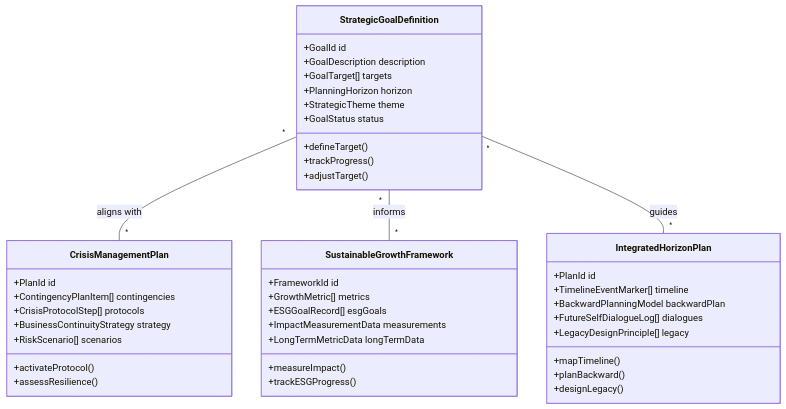
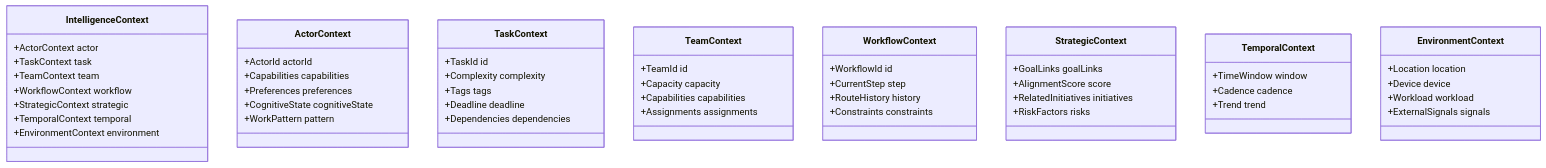
The second of 46 diagrams in Docs/Requirement/DomainSpecification/IntelligenceStrategy.md (anuj-noumena/nouassist), drawn with Mermaid before and after one commit. The commit also changed other lines of this file and 134 other files, not shown here.

````diff
--- a/Docs/Requirement/DomainSpecification/IntelligenceStrategy.md
+++ b/Docs/Requirement/DomainSpecification/IntelligenceStrategy.md
@@ -1445,51 +614,62 @@
 ```mermaid
 classDiagram
-    class StrategicGoalDefinition {
-        +GoalId id
-        +GoalDescription description
-        +GoalTarget[] targets
-        +PlanningHorizon horizon
-        +StrategicTheme theme
-        +GoalStatus status
-        +defineTarget()
-        +trackProgress()
-        +adjustTarget()
-    }
-    
-    class CrisisManagementPlan {
-        +PlanId id
-        +ContingencyPlanItem[] contingencies
-        +CrisisProtocolStep[] protocols
-        +BusinessContinuityStrategy strategy
-        +RiskScenario[] scenarios
-        +activateProtocol()
-        +assessResilience()
-    }
-    
-    class SustainableGrowthFramework {
-        +FrameworkId id
-        +GrowthMetric[] metrics
-        +ESGGoalRecord[] esgGoals
-        +ImpactMeasurementData measurements
-        +LongTermMetricData longTermData
-        +measureImpact()
-        +trackESGProgress()
-    }
-    
-    class IntegratedHorizonPlan {
-        +PlanId id
-        +TimelineEventMarker[] timeline
-        +BackwardPlanningModel backwardPlan
-        +FutureSelfDialogueLog[] dialogues
-        +LegacyDesignPrinciple[] legacy
-        +mapTimeline()
-        +planBackward()
-        +designLegacy()
+    class IntelligenceContext {
+        +ActorContext actor
+        +TaskContext task
+        +TeamContext team
+        +WorkflowContext workflow
+        +StrategicContext strategic
+        +TemporalContext temporal
+        +EnvironmentContext environment
     }
 
-    %% All strategic plans and frameworks should align with one or more strategic goals.
-    %% A single goal can also inform multiple different plans.
-    StrategicGoalDefinition "*" -- "*" CrisisManagementPlan : aligns with
-    StrategicGoalDefinition "*" -- "*" SustainableGrowthFramework : informs
-    StrategicGoalDefinition "*" -- "*" IntegratedHorizonPlan : guides
+    class ActorContext {
+        +ActorId actorId
+        +Capabilities capabilities
+        +Preferences preferences
+        +CognitiveState cognitiveState
+        +WorkPattern pattern
+    }
+
+    class TaskContext {
+        +TaskId id
+        +Complexity complexity
+        +Tags tags
+        +Deadline deadline
+        +Dependencies dependencies
+    }
+
+    class TeamContext {
+        +TeamId id
+        +Capacity capacity
+        +Capabilities capabilities
+        +Assignments assignments
+    }
+
+    class WorkflowContext {
+        +WorkflowId id
+        +CurrentStep step
+        +RouteHistory history
+        +Constraints constraints
+    }
+
+    class StrategicContext {
+        +GoalLinks goalLinks
+        +AlignmentScore score
+        +RelatedInitiatives initiatives
+        +RiskFactors risks
+    }
+
+    class TemporalContext {
+        +TimeWindow window
+        +Cadence cadence
+        +Trend trend
+    }
+
+    class EnvironmentContext {
+        +Location location
+        +Device device
+        +Workload workload
+        +ExternalSignals signals
+    }
 ```
````
